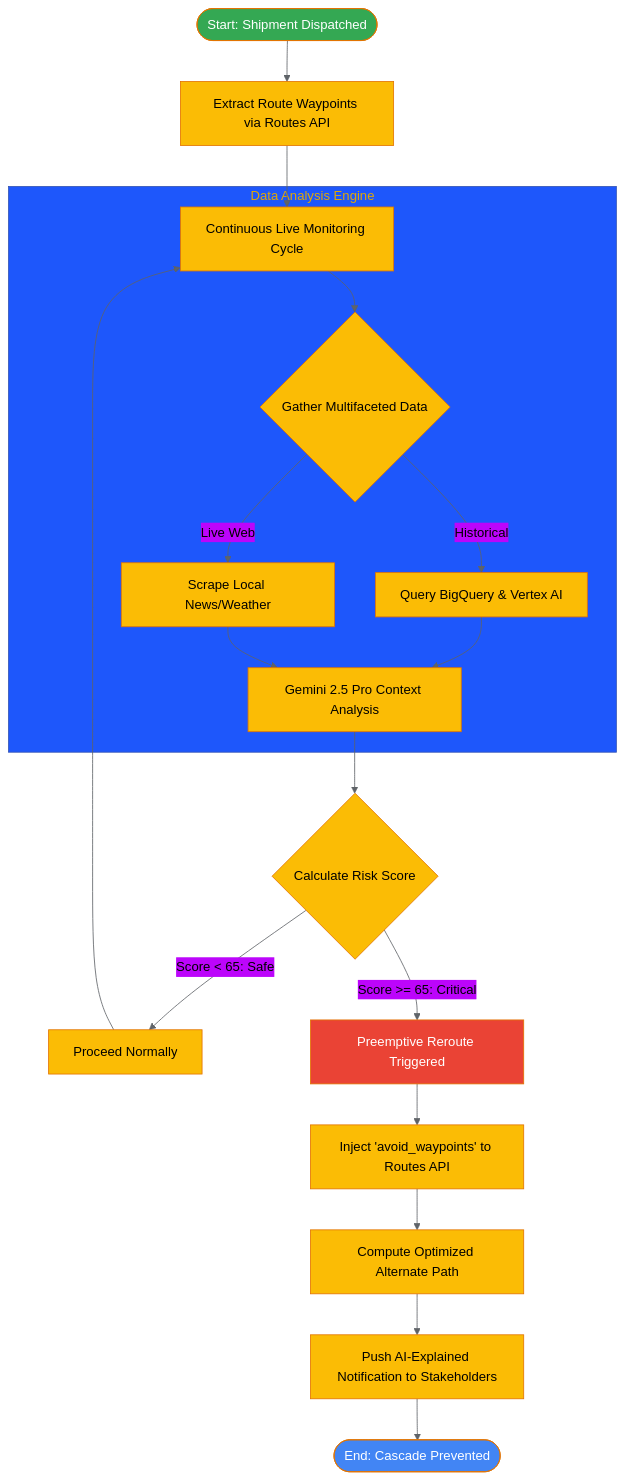
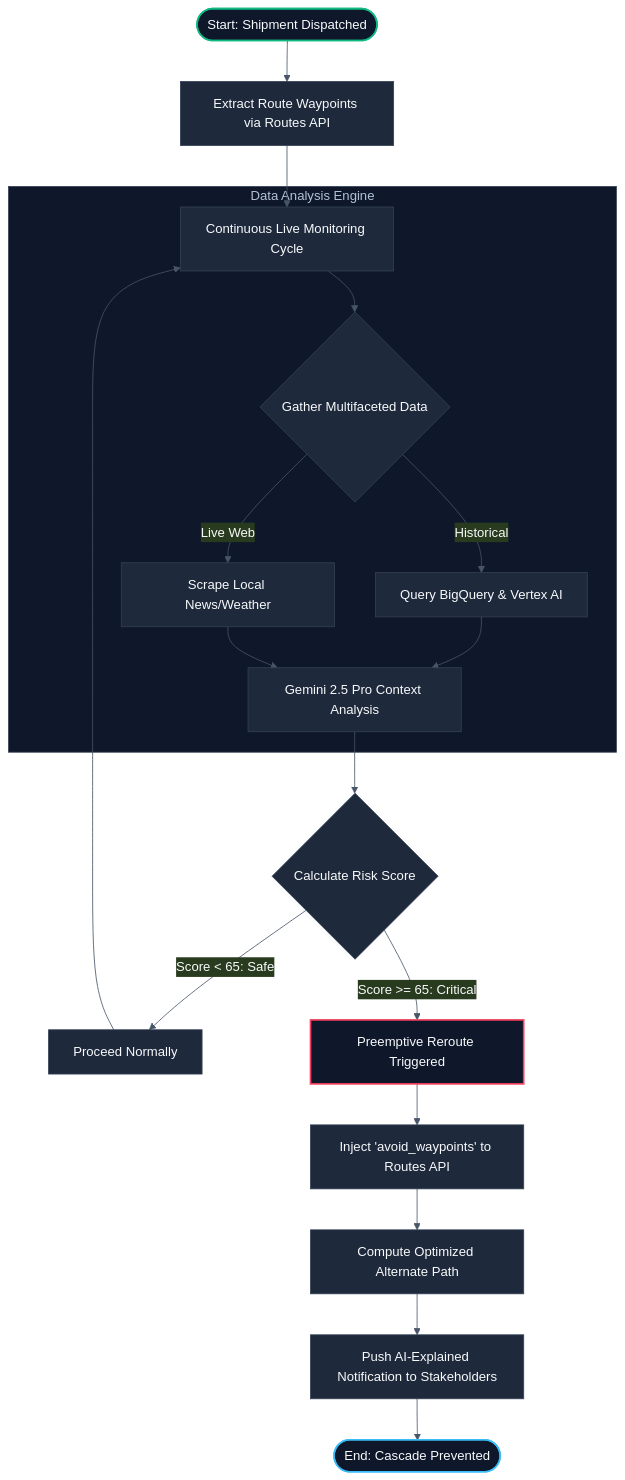
The second of 4 diagrams in readme.md (TechNoSena/Garuda), drawn with Mermaid before and after one commit. The commit also changed other lines of this file, not shown here.

````diff
--- a/readme.md
+++ b/readme.md
@@ -104,28 +106,30 @@
 ```mermaid
-%%{init: {"theme": "base", "themeVariables": {"primaryColor": "#FBBC05", "primaryTextColor": "#000", "primaryBorderColor": "#E37400", "lineColor": "#5F6368"}}}%%
+%%{init: {"theme": "base", "themeVariables": {"primaryColor": "#1E293B", "primaryTextColor": "#F8FAFC", "primaryBorderColor": "#334155", "lineColor": "#475569", "clusterBkg": "#0F172A", "clusterBorder": "#334155"}}}%%
 flowchart TD
+    classDef default fill:#1E293B,stroke:#334155,stroke-width:1px,color:#F8FAFC;
+
     1([Start: Shipment Dispatched]) --> 2[Extract Route Waypoints via Routes API]
     2 --> 3[Continuous Live Monitoring Cycle]
     
     subgraph Data Analysis Engine
         3 --> 4{Gather Multifaceted Data}
         4 -->|Historical| 5[Query BigQuery & Vertex AI]
         4 -->|Live Web| 6[Scrape Local News/Weather]
         5 --> 7[Gemini 2.5 Pro Context Analysis]
         6 --> 7
     end
     
     7 --> 8{Calculate Risk Score}
     8 -->|Score < 65: Safe| 9[Proceed Normally]
     9 --> 3
     
     8 -->|Score >= 65: Critical| 10[Preemptive Reroute Triggered]
     10 --> 11[Inject 'avoid_waypoints' to Routes API]
     11 --> 12[Compute Optimized Alternate Path]
     12 --> 13[Push AI-Explained Notification to Stakeholders]
     13 --> 14([End: Cascade Prevented])
 
-    style 1 fill:#34A853,color:#FFF
-    style 14 fill:#4285F4,color:#FFF
-    style 10 fill:#EA4335,color:#FFF
+    style 1 fill:#0F172A,stroke:#10B981,stroke-width:2px,color:#F8FAFC
+    style 14 fill:#0F172A,stroke:#38BDF8,stroke-width:2px,color:#F8FAFC
+    style 10 fill:#0F172A,stroke:#F43F5E,stroke-width:2px,color:#F8FAFC
 ```
````
